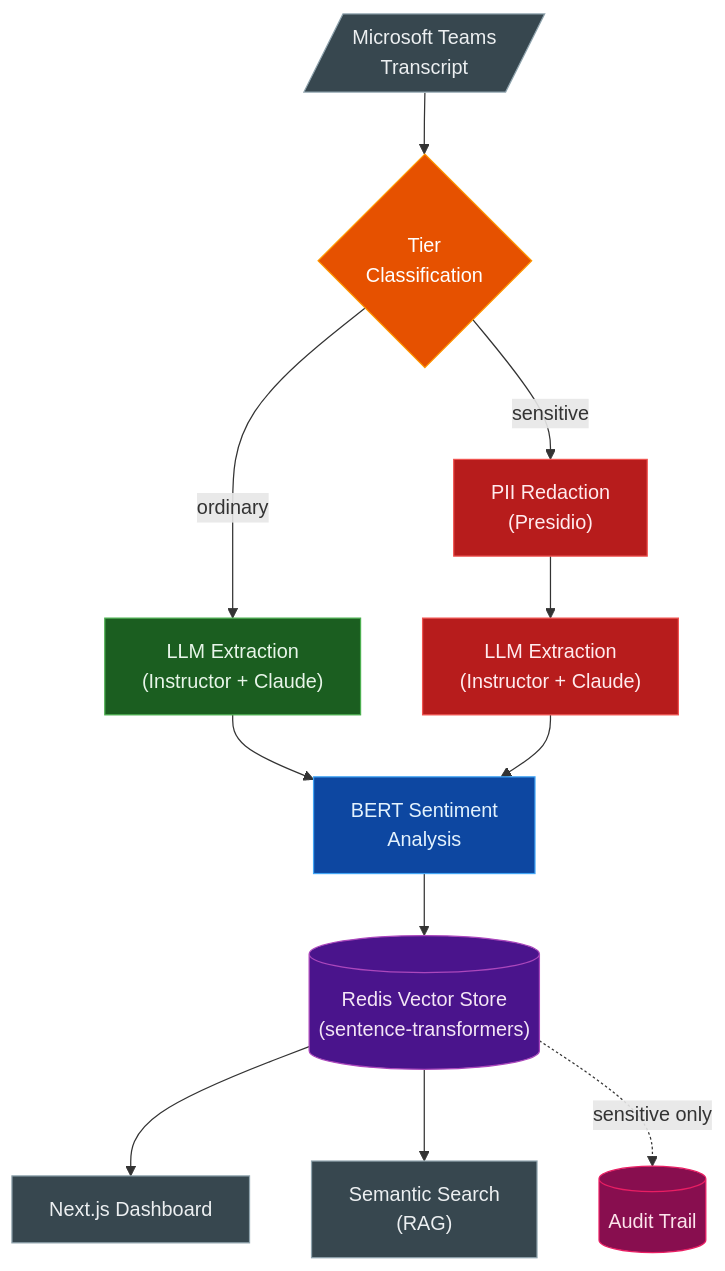
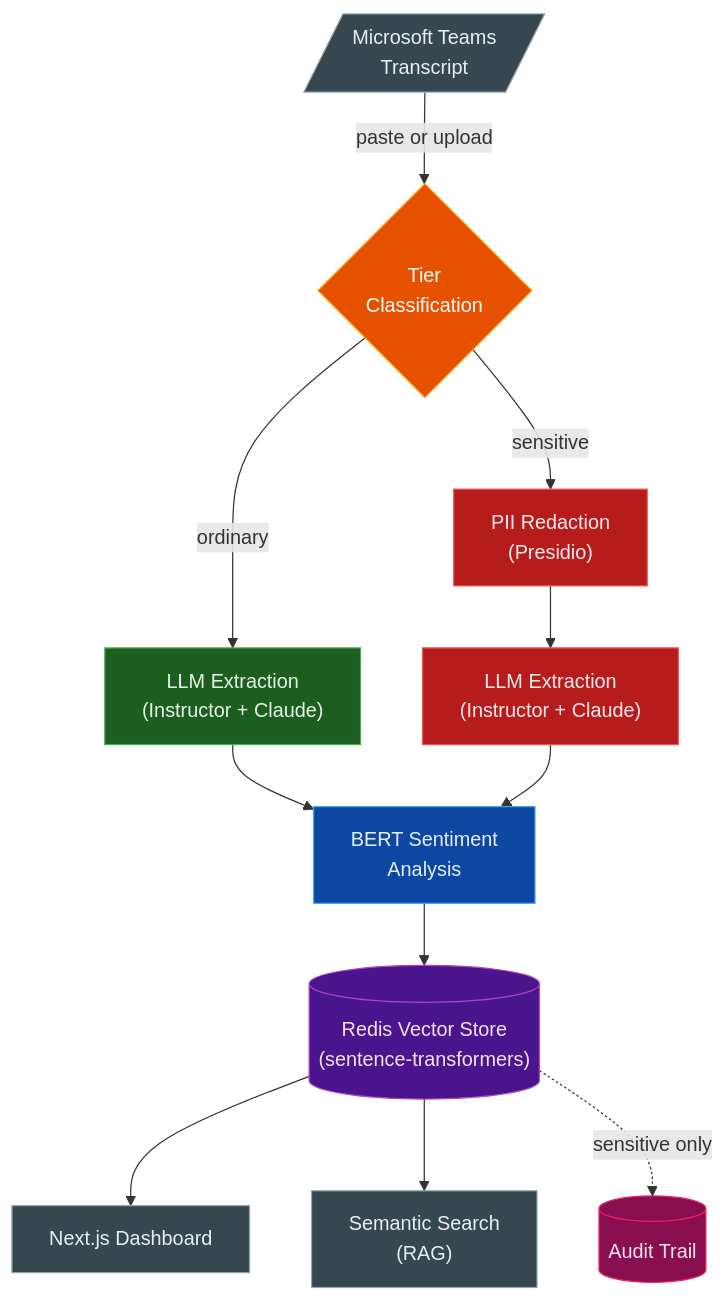
One commit to anderson-ufrj/meeting-intelligence changed the diagram in README.md. Above: the diagram before and after it, drawn with Mermaid. The commit also changed other lines of this file and 11 other files, not shown here.

````diff
--- a/README.md
+++ b/README.md
@@ -9,24 +9,24 @@
 ```mermaid
 flowchart TD
-    A[/"Microsoft Teams\nTranscript"/] --> B{"Tier\nClassification"}
+    A[/"Microsoft Teams\nTranscript"/] -->|paste or upload| B{"Tier\nClassification"}
     B -->|ordinary| C["LLM Extraction\n(Instructor + Claude)"]
     B -->|sensitive| D["PII Redaction\n(Presidio)"]
     D --> E["LLM Extraction\n(Instructor + Claude)"]
     C --> F["BERT Sentiment\nAnalysis"]
     E --> F
     F --> G[("Redis Vector Store\n(sentence-transformers)")]
     G --> H["Next.js Dashboard"]
     G --> I["Semantic Search\n(RAG)"]
     G -.->|sensitive only| J[("Audit Trail")]
 
     style A fill:#37474f,stroke:#90a4ae,color:#eceff1
     style B fill:#e65100,stroke:#ff9800,color:#fff
     style C fill:#1b5e20,stroke:#4caf50,color:#e8f5e9
     style D fill:#b71c1c,stroke:#ef5350,color:#ffebee
     style E fill:#b71c1c,stroke:#ef5350,color:#ffebee
     style F fill:#0d47a1,stroke:#42a5f5,color:#e3f2fd
     style G fill:#4a148c,stroke:#ab47bc,color:#f3e5f5
     style H fill:#37474f,stroke:#90a4ae,color:#eceff1
     style I fill:#37474f,stroke:#90a4ae,color:#eceff1
     style J fill:#880e4f,stroke:#e91e63,color:#fce4ec
 ```
````
